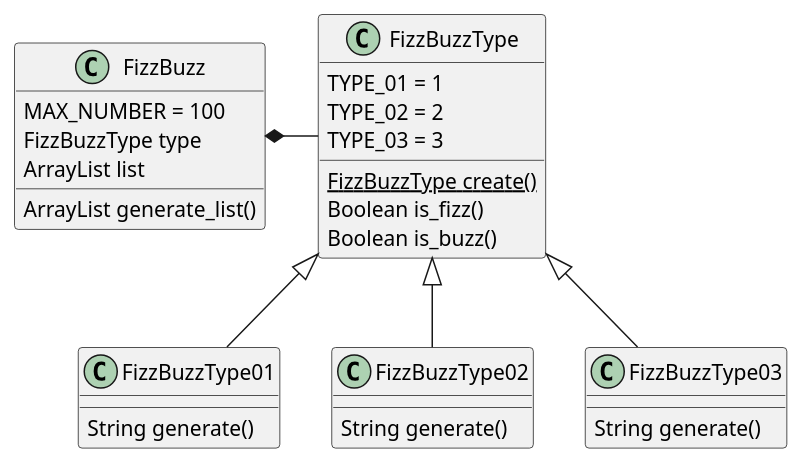
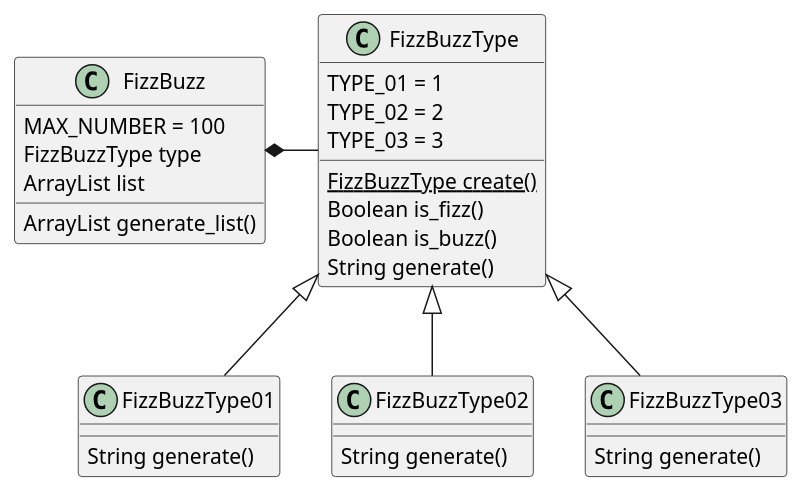
The diagram in docs/src/spec/fizz_buzz.adoc (hiroshima-arc/tdd_rb), drawn with PlantUML before and after one commit. The commit also changed 5 other files, not shown here.

Commit message:
docs: クラス図更新

```diff
--- a/docs/src/spec/fizz_buzz.adoc
+++ b/docs/src/spec/fizz_buzz.adoc
@@ -57,35 +57,36 @@
 [plantuml]
 ----
 class FizzBuzz {
     MAX_NUMBER = 100
     FizzBuzzType type
     ArrayList list
     ArrayList generate_list()
 }
 
 class FizzBuzzType {
   TYPE_01 = 1
   TYPE_02 = 2
   TYPE_03 = 3
   FizzBuzzType {static} create()
   Boolean is_fizz()
   Boolean is_buzz()
+  String generate()
 }
 
 class FizzBuzzType01 {
     String generate()
 }
 
 class FizzBuzzType02 {
     String generate()
 }
 
 class FizzBuzzType03 {
     String generate()
 }
 
 FizzBuzz *- FizzBuzzType
 FizzBuzzType <|-- FizzBuzzType01
 FizzBuzzType <|-- FizzBuzzType02
 FizzBuzzType <|-- FizzBuzzType03
 ----
```
